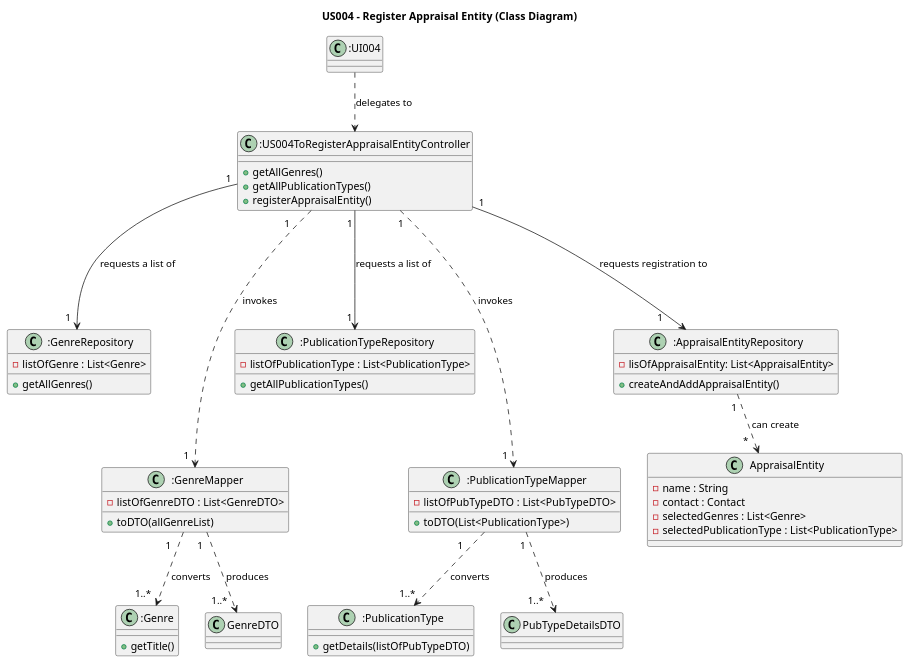
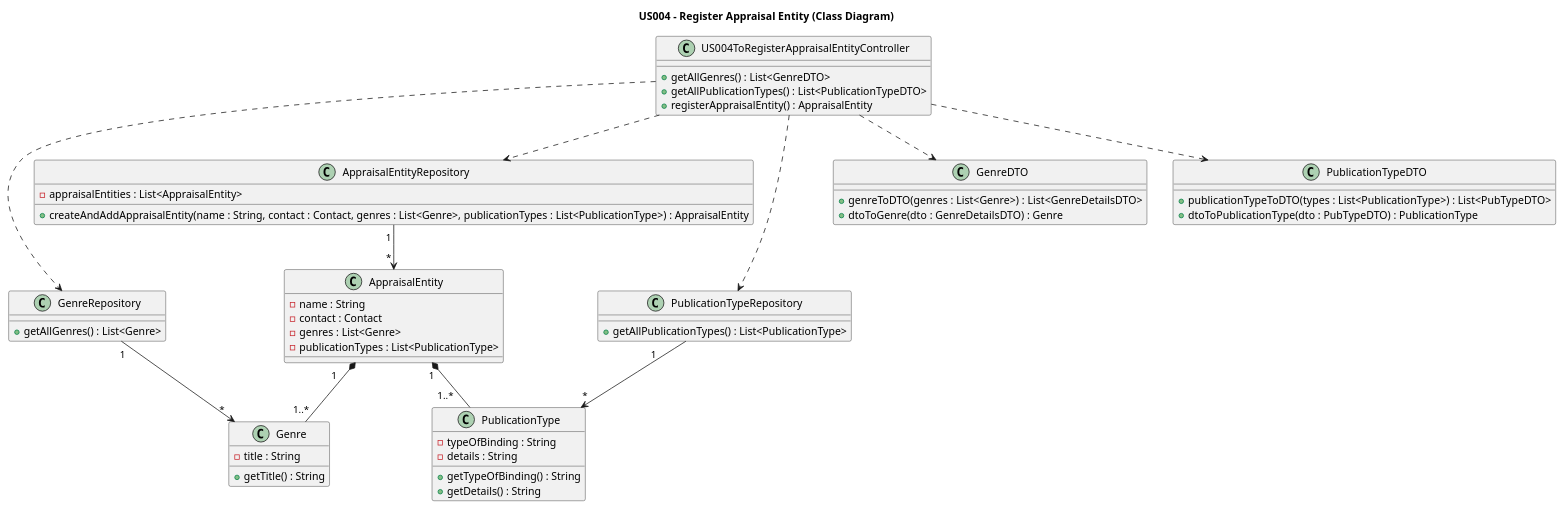
The diagram in Diagrams/ClassDiagrams/US004-to-register-an-appraisal-entity.puml (AndrePereiraGitH/SWitCH-Project-Team_A), drawn with PlantUML before and after one commit. The commit also changed 1 other file, not shown here.

Commit message:
Working on #163, update SD and CD to reflect DTO conversion and corrected layer responsibilities

```diff
--- a/Diagrams/ClassDiagrams/US004-to-register-an-appraisal-entity.puml
+++ b/Diagrams/ClassDiagrams/US004-to-register-an-appraisal-entity.puml
@@ -1,104 +1,92 @@
 @startuml
+
 title US004 - Register Appraisal Entity (Class Diagram)
 
 ' =========================
-' UI
+' Controller Layer
 ' =========================
-class ":UI004" {
+
+class US004ToRegisterAppraisalEntityController {
+
+    +getAllGenres() : List<GenreDTO>
+    +getAllPublicationTypes() : List<PublicationTypeDTO>
+    +registerAppraisalEntity() : AppraisalEntity
 }
 
 ' =========================
-' Controller
+' Repository Layer
 ' =========================
-class ":US004ToRegisterAppraisalEntityController" {
-    +getAllGenres()
-    +getAllPublicationTypes()
-    +registerAppraisalEntity()
+
+class GenreRepository {
+    +getAllGenres() : List<Genre>
+}
+
+class PublicationTypeRepository {
+    +getAllPublicationTypes() : List<PublicationType>
+}
+
+class AppraisalEntityRepository {
+    -appraisalEntities : List<AppraisalEntity>
+
+    +createAndAddAppraisalEntity(name : String, contact : Contact, genres : List<Genre>, publicationTypes : List<PublicationType>) : AppraisalEntity
 }
 
 ' =========================
-' Genre
+' Mapper / DTO Layer
 ' =========================
-class ":GenreRepository" {
-    -listOfGenre : List<Genre>
-    +getAllGenres()
+
+class GenreDTO {
+    +genreToDTO(genres : List<Genre>) : List<GenreDetailsDTO>
+    +dtoToGenre(dto : GenreDetailsDTO) : Genre
 }
 
-class ":GenreMapper" {
-    -listOfGenreDTO : List<GenreDTO>
-    +toDTO(allGenreList)
+class PublicationTypeDTO {
+    +publicationTypeToDTO(types : List<PublicationType>) : List<PubTypeDTO>
+    +dtoToPublicationType(dto : PubTypeDTO) : PublicationType
 }
 
-class ":Genre" {
-    +getTitle()
+' =========================
+' Domain Layer
+' =========================
+
+class AppraisalEntity {
+    -name : String
+    -contact : Contact
+    -genres : List<Genre>
+    -publicationTypes : List<PublicationType>
 }
 
-' class "GenreDetailsDTO" {
-' }
-
-' class "GenreDTO" {
-' }
-
-' =========================
-' Publication Type
-' =========================
-class ":PublicationTypeRepository" {
-    -listOfPublicationType : List<PublicationType>
-    +getAllPublicationTypes()
+class Genre {
+    -title : String
+    +getTitle() : String
 }
 
-class ":PublicationTypeMapper" {
-    -listOfPubTypeDTO : List<PubTypeDTO>
-    +toDTO(List<PublicationType>)
+class PublicationType {
+    -typeOfBinding : String
+    -details : String
+    +getTypeOfBinding() : String
+    +getDetails() : String
 }
-
-class ":PublicationType" {
-    +getDetails(listOfPubTypeDTO)
-}
-
-' class "PubTypeDTO" {
-' }
-
-' class "PubTypeDetailsDTO" {
-' }
-
-' =========================
-' Appraisal Entity
-' =========================
-class ":AppraisalEntityRepository" {
-    -lisOfAppraisalEntity: List<AppraisalEntity>
-    +createAndAddAppraisalEntity()
-}
-
-class "AppraisalEntity" {
-    -name : String
-    -contact : Contact
-    -selectedGenres : List<Genre>
-    -selectedPublicationType : List<PublicationType>
-}
-
 
 ' =========================
 ' Relationships
 ' =========================
-":UI004" ..> ":US004ToRegisterAppraisalEntityController" : delegates to
 
-":US004ToRegisterAppraisalEntityController" "1" ---> "1  " ":GenreRepository" : requests a list of
-":US004ToRegisterAppraisalEntityController" "1      " ....> "1  " ":GenreMapper" : invokes
+' Controller dependencies
+US004ToRegisterAppraisalEntityController ..> GenreRepository
+US004ToRegisterAppraisalEntityController ..> PublicationTypeRepository
+US004ToRegisterAppraisalEntityController ..> AppraisalEntityRepository
+US004ToRegisterAppraisalEntityController ..> GenreDTO
+US004ToRegisterAppraisalEntityController ..> PublicationTypeDTO
 
-":GenreMapper" "1    " ..> "1..*  " ":Genre" : converts
-' ":GenreMapper" --> "GenreDetailsDTO"
-":GenreMapper" "1  " ..> "1..*  " "GenreDTO" : produces
+' Repository to Domain
+GenreRepository "1 " --> " * " Genre
+PublicationTypeRepository "1        " --> " * " PublicationType
 
-":US004ToRegisterAppraisalEntityController" "1 " ---> "1 " ":PublicationTypeRepository" : requests a list of
-":US004ToRegisterAppraisalEntityController" "1 " ....> "1  " ":PublicationTypeMapper" : invokes
+AppraisalEntityRepository "1 " --> " * " AppraisalEntity
 
-":PublicationTypeMapper" "  1      " ..> "1..* " ":PublicationType" : converts
-' ":PublicationTypeMapper" ..> "PubTypeDTO" : produces
-":PublicationTypeMapper" "1 " ..> "1..*   " "PubTypeDetailsDTO" : produces
-
-":US004ToRegisterAppraisalEntityController" "1 " ---> "1      " ":AppraisalEntityRepository" : requests registration to
-
-":AppraisalEntityRepository" "1 " ..> " *   " "AppraisalEntity" : can create
+' AppraisalEntity composition
+AppraisalEntity "  1     " *-- "1..*" Genre
+AppraisalEntity "1 " *-- "1..*    " PublicationType
 
 @enduml
```
